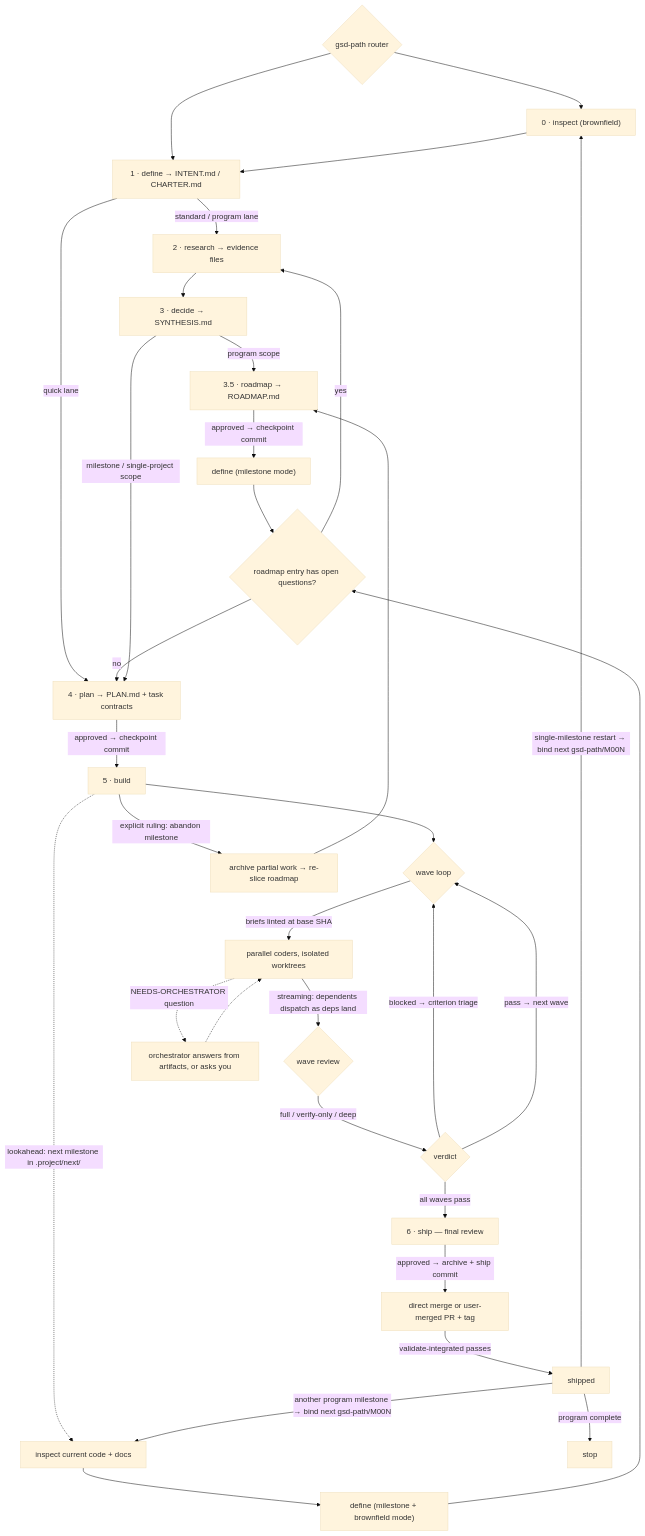
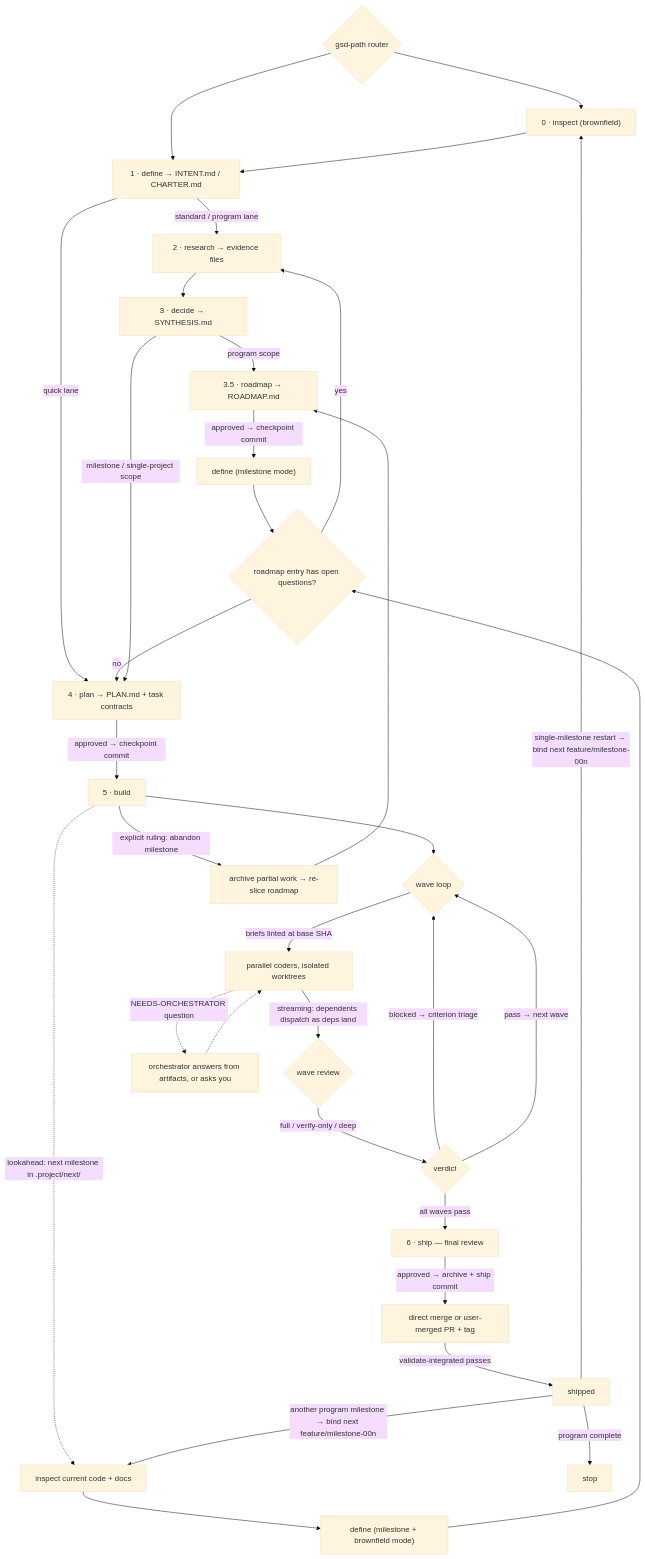
Before and after one commit to drungrin/gsd-path: the diagram in README.md, drawn with Mermaid (base theme). The commit also changed other lines of this file and 247 other files, not shown here.

````diff
--- a/README.md
+++ b/README.md
@@ -290,35 +290,35 @@
 ```mermaid
 flowchart TD
     R{"gsd-path router"} --> I["0 · inspect (brownfield)"]
     R --> D["1 · define → INTENT.md / CHARTER.md"]
     I --> D
     D -->|"standard / program lane"| RE["2 · research → evidence files"]
     D -->|"quick lane"| P
     RE --> DE["3 · decide → SYNTHESIS.md"]
     DE -->|"program scope"| RM["3.5 · roadmap → ROADMAP.md"]
     RM -->|"approved → checkpoint commit"| DM["define (milestone mode)"]
     DM --> MQ{"roadmap entry has open questions?"}
     MQ -->|"yes"| RE
     MQ -->|"no"| P["4 · plan → PLAN.md + task contracts"]
     DE -->|"milestone / single-project scope"| P
     P -->|"approved → checkpoint commit"| B["5 · build"]
     B --> W{"wave loop"}
     W -->|"briefs linted at base SHA"| C["parallel coders, isolated worktrees"]
     C -->|"streaming: dependents dispatch as deps land"| V{"wave review"}
     V -->|"full / verify-only / deep"| F{"verdict"}
     F -->|"blocked → criterion triage"| W
     F -->|"pass → next wave"| W
     F -->|"all waves pass"| S["6 · ship — final review"]
     C -.->|"NEEDS-ORCHESTRATOR question"| O["orchestrator answers from artifacts, or asks you"]
     O -.-> C
     B -.->|"lookahead: next milestone in .project/next/"| MI["inspect current code + docs"]
     MI --> MB["define (milestone + brownfield mode)"]
     MB --> MQ
     B -->|"explicit ruling: abandon milestone"| AB["archive partial work → re-slice roadmap"]
     AB --> RM
     S -->|"approved → archive + ship commit"| MG["direct merge or user-merged PR + tag"]
     MG -->|"validate-integrated passes"| A["shipped"]
-    A -->|"another program milestone → bind next gsd-path/M00N"| MI
-    A -->|"single-milestone restart → bind next gsd-path/M00N"| I
+    A -->|"another program milestone → bind next feature/milestone-00n"| MI
+    A -->|"single-milestone restart → bind next feature/milestone-00n"| I
     A -->|"program complete"| PC["stop"]
 ```
````
